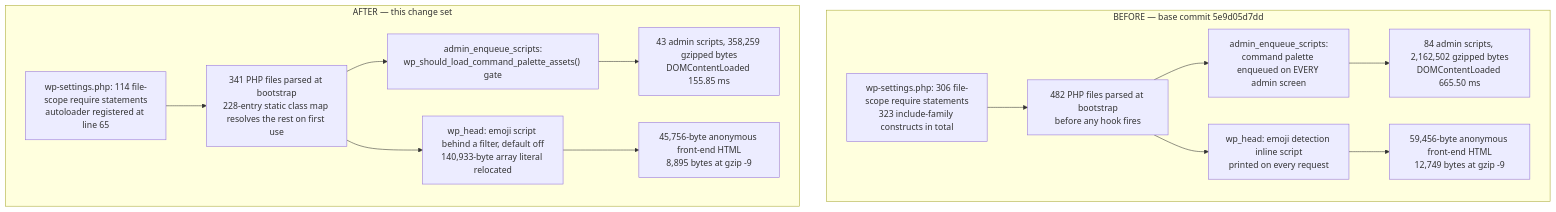
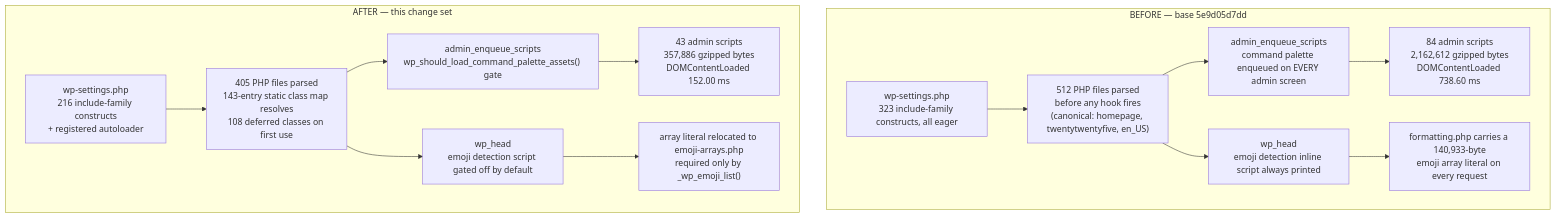
Before and after one commit to blitzy-research/wordpress-develop: the diagram in docs/performance-optimization-report.md, drawn with Mermaid. The commit also changed other lines of this file and 38 other files, not shown here.

````diff
--- a/docs/performance-optimization-report.md
+++ b/docs/performance-optimization-report.md
@@ -475,17 +650,20 @@
 ```mermaid
 graph TD
-    subgraph BEFORE["BEFORE — base commit 5e9d05d7dd"]
-        B1["wp-settings.php: 306 file-scope require statements<br/>323 include-family constructs in total"] --> B2["482 PHP files parsed at bootstrap<br/>before any hook fires"]
-        B2 --> B3["admin_enqueue_scripts:<br/>command palette enqueued on EVERY admin screen"]
-        B3 --> B4["84 admin scripts, 2,162,502 gzipped bytes<br/>DOMContentLoaded 665.50 ms"]
-        B2 --> B5["wp_head: emoji detection inline script<br/>printed on every request"]
-        B5 --> B6["59,456-byte anonymous front-end HTML<br/>12,749 bytes at gzip -9"]
+    subgraph BEFORE["BEFORE — base 5e9d05d7dd"]
+        B1["wp-settings.php<br/>323 include-family constructs, all eager"] --> B2["512 PHP files parsed<br/>before any hook fires<br/>(canonical: homepage, twentytwentyfive, en_US)"]
+        B2 --> B3["admin_enqueue_scripts<br/>command palette enqueued on EVERY admin screen"]
+        B3 --> B4["84 admin scripts<br/>2,162,612 gzipped bytes<br/>DOMContentLoaded 738.60 ms"]
+        B2 --> B5["wp_head<br/>emoji detection inline script always printed"]
+        B5 --> B6["formatting.php carries a 140,933-byte<br/>emoji array literal on every request"]
     end
     subgraph AFTER["AFTER — this change set"]
-        A1["wp-settings.php: 114 file-scope require statements<br/>autoloader registered at line 65"] --> A2["341 PHP files parsed at bootstrap<br/>228-entry static class map resolves the rest on first use"]
-        A2 --> A3["admin_enqueue_scripts:<br/>wp_should_load_command_palette_assets() gate"]
-        A3 --> A4["43 admin scripts, 358,259 gzipped bytes<br/>DOMContentLoaded 155.85 ms"]
-        A2 --> A5["wp_head: emoji script behind a filter, default off<br/>140,933-byte array literal relocated"]
-        A5 --> A6["45,756-byte anonymous front-end HTML<br/>8,895 bytes at gzip -9"]
+        A1["wp-settings.php<br/>216 include-family constructs<br/>+ registered autoloader"] --> A2["405 PHP files parsed<br/>143-entry static class map resolves<br/>108 deferred classes on first use"]
+        A2 --> A3["admin_enqueue_scripts<br/>wp_should_load_command_palette_assets() gate"]
+        A3 --> A4["43 admin scripts<br/>357,886 gzipped bytes<br/>DOMContentLoaded 152.00 ms"]
+        A2 --> A5["wp_head<br/>emoji detection script gated off by default"]
+        A5 --> A6["array literal relocated to emoji-arrays.php<br/>required only by _wp_emoji_list()"]
     end
+%% Legend: each AFTER node is the measured counterpart of the BEFORE node in the same row.
+%% PHP file counts and DOMContentLoaded are medians over 40 samples from tests/performance/.
+%% Admin script counts and gzipped bytes come from the isolated script-loader.php A/B.
 ```
````
